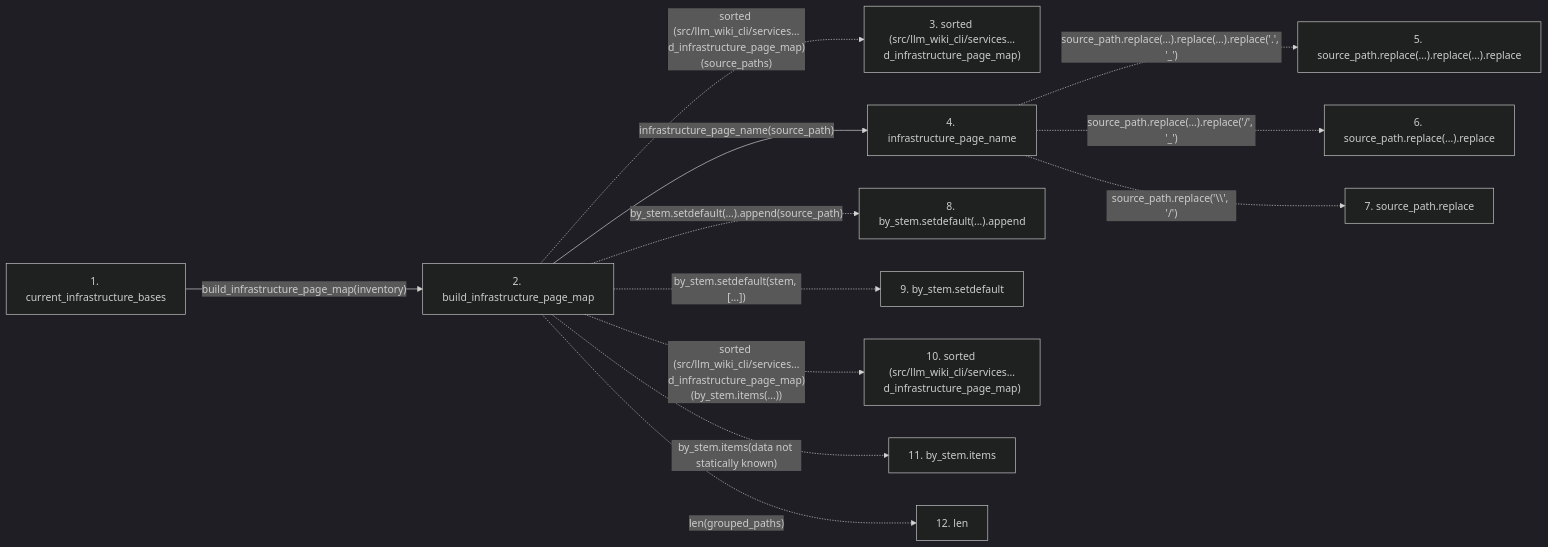
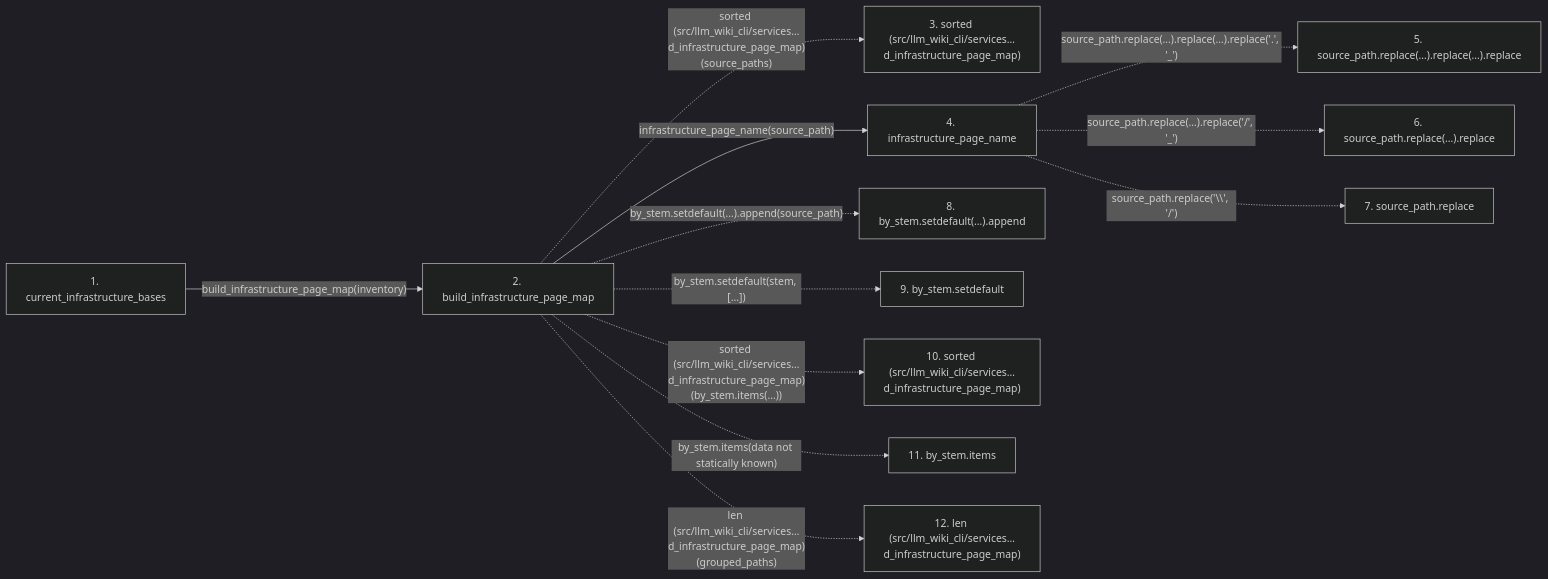
The second of 2 diagrams in docs/llm_wiki/flows/api-current_infrastructure_bases.md (Denissvgn/python-wiki-llm), drawn with Mermaid (dark theme) before and after one commit. The commit also changed other lines of this file and 865 other files, not shown here.

````diff
--- a/docs/llm_wiki/flows/api-current_infrastructure_bases.md
+++ b/docs/llm_wiki/flows/api-current_infrastructure_bases.md
@@ -84,29 +86,29 @@
 ```mermaid
 flowchart LR
     s1["1. current_infrastructure_bases"]
     s2["2. build_infrastructure_page_map"]
     s3["3. sorted (src/llm_wiki_cli/services…d_infrastructure_page_map)"]
     s4["4. infrastructure_page_name"]
     s5["5. source_path.replace(…).replace(…).replace"]
     s6["6. source_path.replace(…).replace"]
     s7["7. source_path.replace"]
     s8["8. by_stem.setdefault(…).append"]
     s9["9. by_stem.setdefault"]
     s10["10. sorted (src/llm_wiki_cli/services…d_infrastructure_page_map)"]
     s11["11. by_stem.items"]
-    s12["12. len"]
+    s12["12. len (src/llm_wiki_cli/services…d_infrastructure_page_map)"]
     s1 -->|"build_infrastructure_page_map(inventory)"| s2
     s2 -. "sorted (src/llm_wiki_cli/services…d_infrastructure_page_map)(source_paths)" .-> s3
     s2 -->|"infrastructure_page_name(source_path)"| s4
     s4 -. "source_path.replace(…).replace(…).replace('.', '_')" .-> s5
     s4 -. "source_path.replace(…).replace('/', '_')" .-> s6
     s4 -. "source_path.replace('\\', '/')" .-> s7
     s2 -. "by_stem.setdefault(…).append(source_path)" .-> s8
     s2 -. "by_stem.setdefault(stem, [...])" .-> s9
     s2 -. "sorted (src/llm_wiki_cli/services…d_infrastructure_page_map)(by_stem.items(...))" .-> s10
     s2 -. "by_stem.items(data not statically known)" .-> s11
-    s2 -. "len(grouped_paths)" .-> s12
+    s2 -. "len (src/llm_wiki_cli/services…d_infrastructure_page_map)(grouped_paths)" .-> s12
     click s1 "../modules/infrastructure_sync.md"
     click s2 "../modules/infrastructure_sync.md"
     click s4 "../modules/infrastructure_inventory.md"
 ```
````
